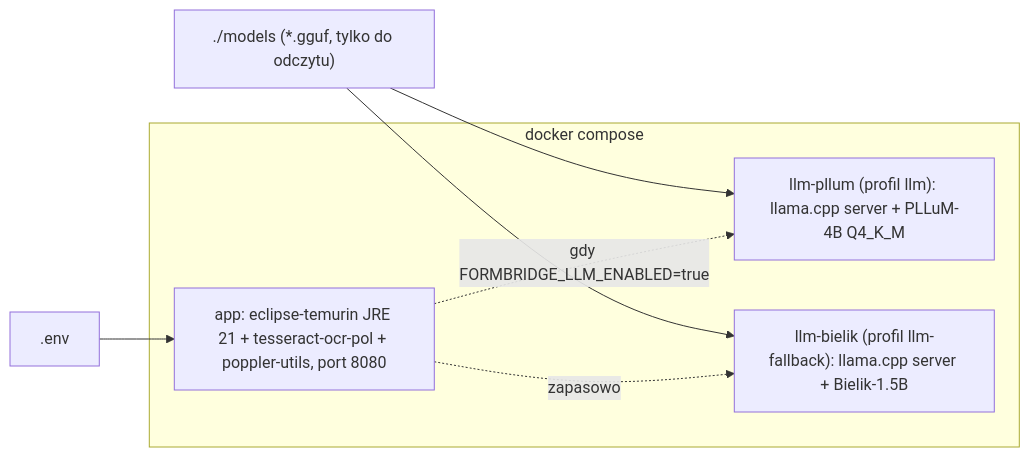
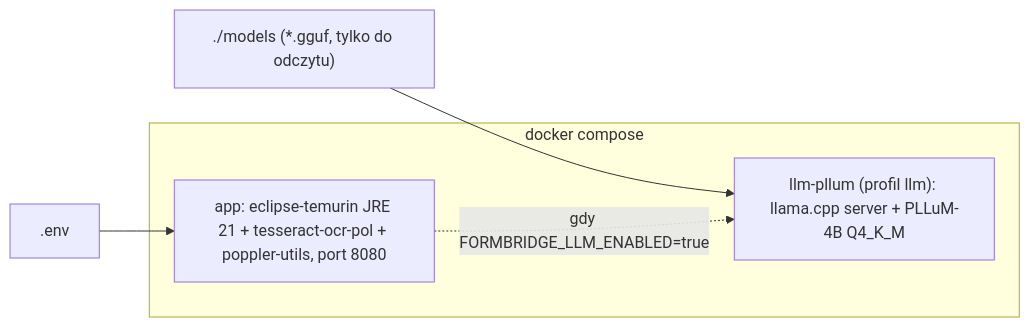
The sixth of 6 diagrams in docs/ARCHITECTURE.md (mandreik01/Formbrige), drawn with Mermaid before and after one commit. The commit also changed other lines of this file and 5 other files, not shown here.

````diff
--- a/docs/ARCHITECTURE.md
+++ b/docs/ARCHITECTURE.md
@@ -235,12 +235,10 @@
 ```mermaid
 flowchart LR
     subgraph DC["docker compose"]
         APPC["app: eclipse-temurin JRE 21 + tesseract-ocr-pol + poppler-utils, port 8080"]
         P["llm-pllum (profil llm): llama.cpp server + PLLuM-4B Q4_K_M"]
-        B["llm-bielik (profil llm-fallback): llama.cpp server + Bielik-1.5B"]
     end
     ENV[".env"] --> APPC
-    MOD["./models (*.gguf, tylko do odczytu)"] --> P & B
+    MOD["./models (*.gguf, tylko do odczytu)"] --> P
     APPC -.->|"gdy FORMBRIDGE_LLM_ENABLED=true"| P
-    APPC -.->|"zapasowo"| B
 ```
````
